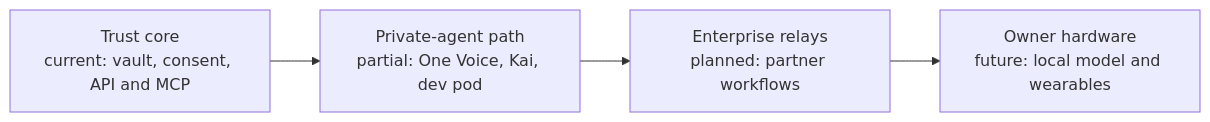
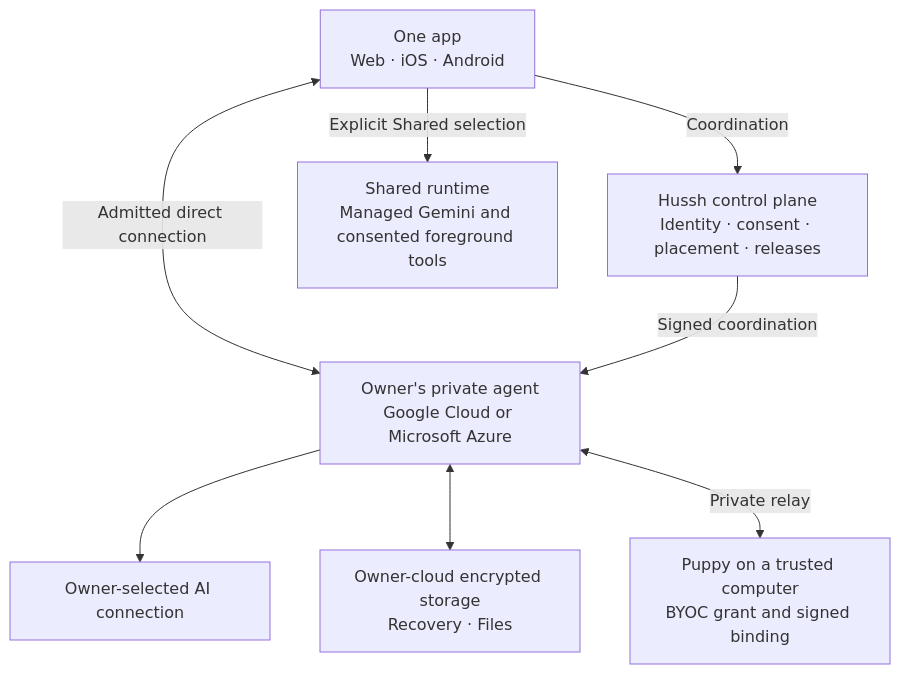
Before and after one commit to hushh-labs/hushh-research: the diagram in README.md, drawn with Mermaid. The commit also changed other lines of this file and 755 other files, not shown here.

````diff
--- a/README.md
+++ b/README.md
@@ -145,10 +15,20 @@
 ```mermaid
-flowchart LR
-  accTitle: Platform evolution
-  accDescr: Current trust core, partial private agent path, and planned lanes.
-  trust["Trust core<br/>current: vault, consent, API and MCP"]
-  agent["Private-agent path<br/>partial: One Voice, Kai, dev pod"]
-  enterprise["Enterprise relays<br/>planned: partner workflows"]
-  edge["Owner hardware<br/>future: local model and wearables"]
-  trust --> agent --> enterprise --> edge
+flowchart TB
+  accTitle: One platform and owner-cloud boundaries
+  accDescr: The app uses the hub for coordination and admitted direct routes for a private agent. Shared is a separate selected runtime.
+  app["One app<br/>Web · iOS · Android"]
+  hub["Hussh control plane<br/>Identity · consent · placement · releases"]
+  shared["Shared runtime<br/>Managed Gemini and consented foreground tools"]
+  pod["Owner's private agent<br/>Google Cloud or Microsoft Azure"]
+  ai["Owner-selected AI connection"]
+  storage["Owner-cloud encrypted storage<br/>Recovery · Files"]
+  puppy["Puppy on a trusted computer<br/>BYOC grant and signed binding"]
+
+  app -->|Coordination| hub
+  app -->|Explicit Shared selection| shared
+  app <-->|Admitted direct connection| pod
+  hub -->|Signed coordination| pod
+  pod --> ai
+  pod <--> storage
+  pod <-->|Private relay| puppy
 ```
````
